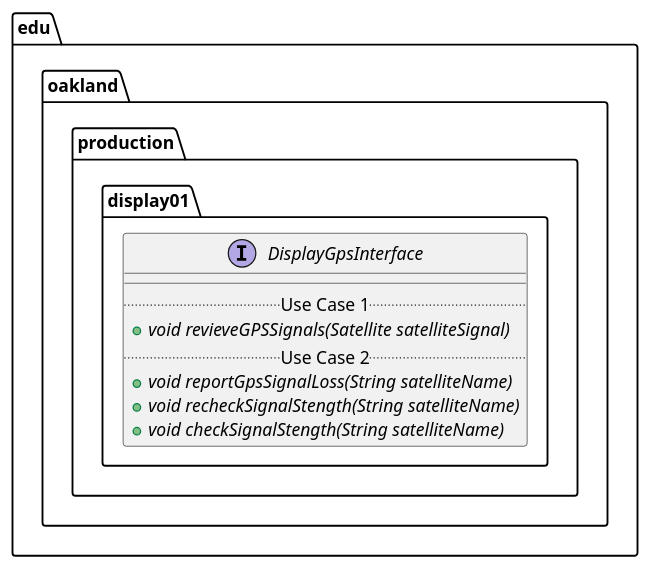
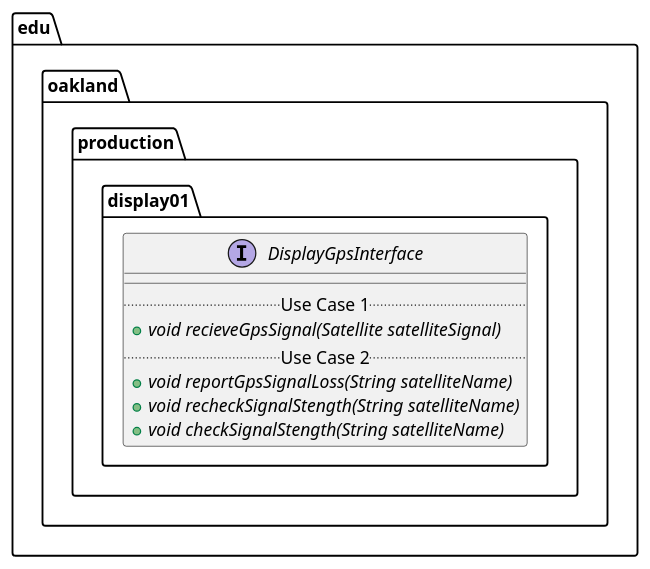
The diagram in docs/uml-class-diagrams/display01/production/DisplayGpsInterface/DisplayGpsInterface.puml (andrewdimmer/csi-3370-software-project), drawn with PlantUML before and after one commit. The commit also changed 1 other file, not shown here.

```diff
--- a/docs/uml-class-diagrams/display01/production/DisplayGpsInterface/DisplayGpsInterface.puml
+++ b/docs/uml-class-diagrams/display01/production/DisplayGpsInterface/DisplayGpsInterface.puml
@@ -1,15 +1,15 @@
 @startuml DisplayGpsInterface
 
 package edu.oakland.production.display01 {
     interface DisplayGpsInterface {
         __
         .. Use Case 1 ..
-        {abstract} + void revieveGPSSignals(Satellite satelliteSignal)
+        {abstract} + void recieveGpsSignal(Satellite satelliteSignal)
         .. Use Case 2 ..
         {abstract} + void reportGpsSignalLoss(String satelliteName)
         {abstract} + void recheckSignalStength(String satelliteName)
         {abstract} + void checkSignalStength(String satelliteName)
     }
 }
 
 @enduml
```
